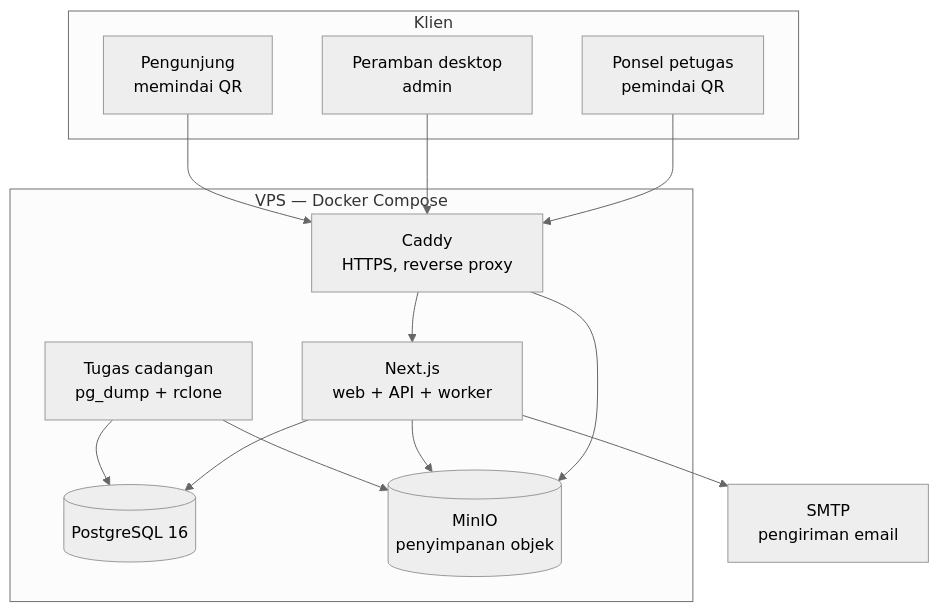
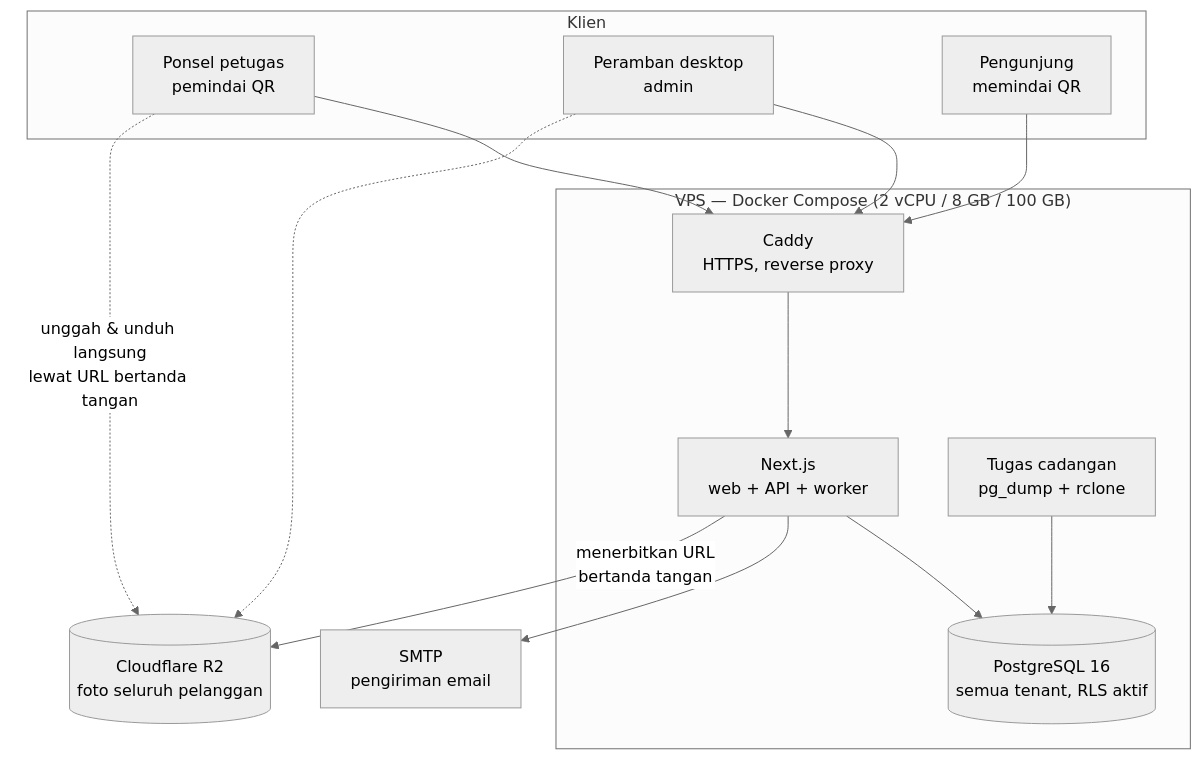
Before and after one commit to mferdinandr/inventory-management: the first of 3 diagrams in docs/04-technical-architecture.md, drawn with Mermaid (neutral theme). The commit also changed other lines of this file and 12 other files, not shown here.

````diff
--- a/docs/04-technical-architecture.md
+++ b/docs/04-technical-architecture.md
@@ -36,29 +36,29 @@
 ```mermaid
 flowchart TB
     subgraph Klien
         HP["Ponsel petugas<br/>pemindai QR"]
         PC["Peramban desktop<br/>admin"]
         PUB["Pengunjung<br/>memindai QR"]
     end
 
-    subgraph VPS["VPS — Docker Compose"]
+    subgraph VPS["VPS — Docker Compose (2 vCPU / 8 GB / 100 GB)"]
         CADDY["Caddy<br/>HTTPS, reverse proxy"]
         APP["Next.js<br/>web + API + worker"]
-        PG[("PostgreSQL 16")]
-        MINIO[("MinIO<br/>penyimpanan objek")]
+        PG[("PostgreSQL 16<br/>semua tenant, RLS aktif")]
         BACKUP["Tugas cadangan<br/>pg_dump + rclone"]
     end
 
+    R2[("Cloudflare R2<br/>foto seluruh pelanggan")]
     SMTP["SMTP<br/>pengiriman email"]
 
     HP --> CADDY
     PC --> CADDY
     PUB --> CADDY
     CADDY --> APP
-    CADDY --> MINIO
     APP --> PG
-    APP --> MINIO
     APP --> SMTP
+    HP -.->|"unggah & unduh langsung<br/>lewat URL bertanda tangan"| R2
+    PC -.-> R2
+    APP -->|"menerbitkan URL<br/>bertanda tangan"| R2
     BACKUP --> PG
-    BACKUP --> MINIO
 ```
````
